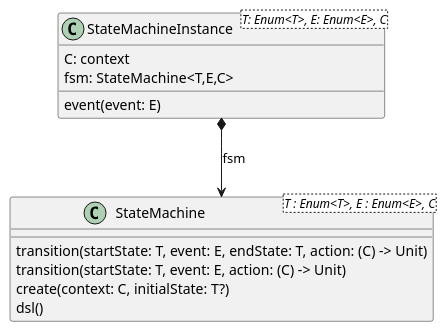
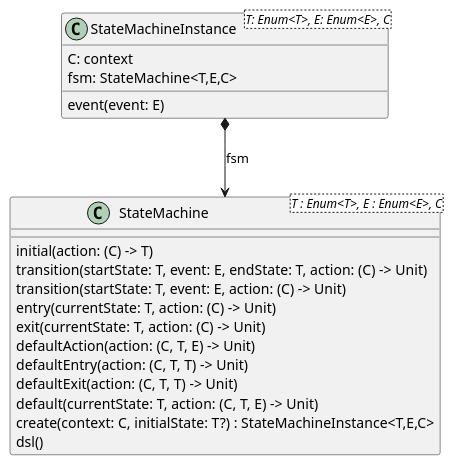
One commit to open-jumpco/kfsm changed the diagram in src/doc/plantuml/statemachine-model.plantuml. Above: the diagram before and after it, drawn with PlantUML. The commit also changed 5 other files, not shown here.

```diff
--- a/src/doc/plantuml/statemachine-model.plantuml
+++ b/src/doc/plantuml/statemachine-model.plantuml
@@ -1,20 +1,27 @@
 @startuml
 
 
 class StateMachine<T : Enum<T>, E : Enum<E>, C> {
+    initial(action: (C) -> T)
     transition(startState: T, event: E, endState: T, action: (C) -> Unit)
     transition(startState: T, event: E, action: (C) -> Unit)
-    create(context: C, initialState: T?)
+    entry(currentState: T, action: (C) -> Unit)
+    exit(currentState: T, action: (C) -> Unit)
+    defaultAction(action: (C, T, E) -> Unit)
+    defaultEntry(action: (C, T, T) -> Unit)
+    defaultExit(action: (C, T, T) -> Unit)
+    default(currentState: T, action: (C, T, E) -> Unit)
+    create(context: C, initialState: T?) : StateMachineInstance<T,E,C>
     dsl()
 }
 
 class StateMachineInstance<T: Enum<T>, E: Enum<E>, C> {
     C: context
     fsm: StateMachine<T,E,C>
     event(event: E)
 }
 
 StateMachineInstance *--> StateMachine : fsm
 
 
 @enduml
```
